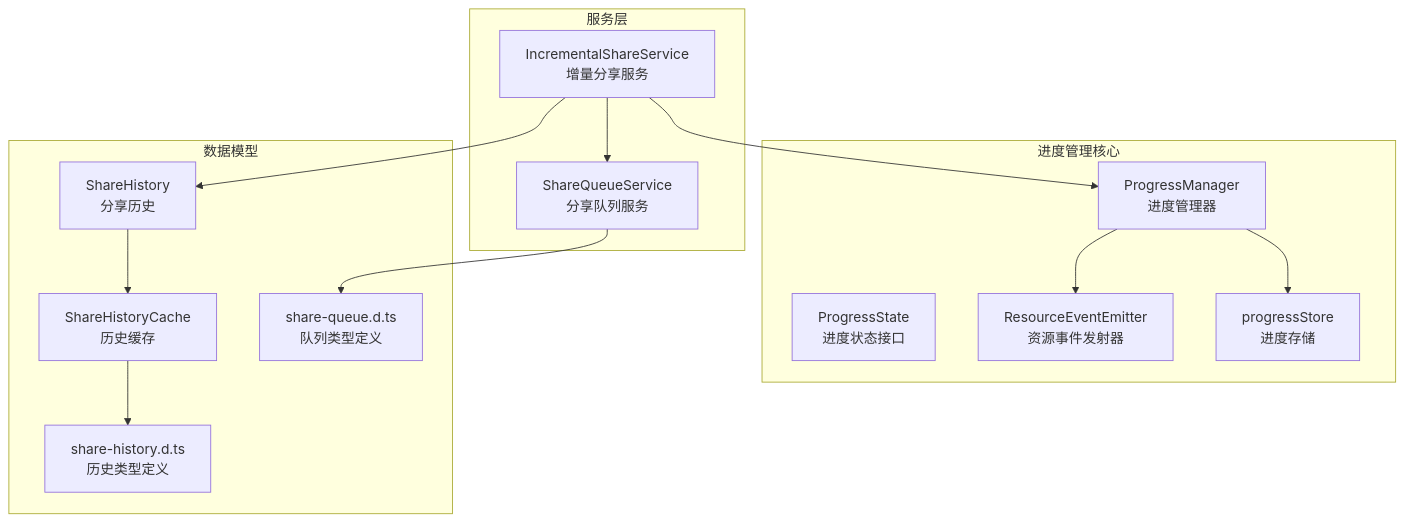
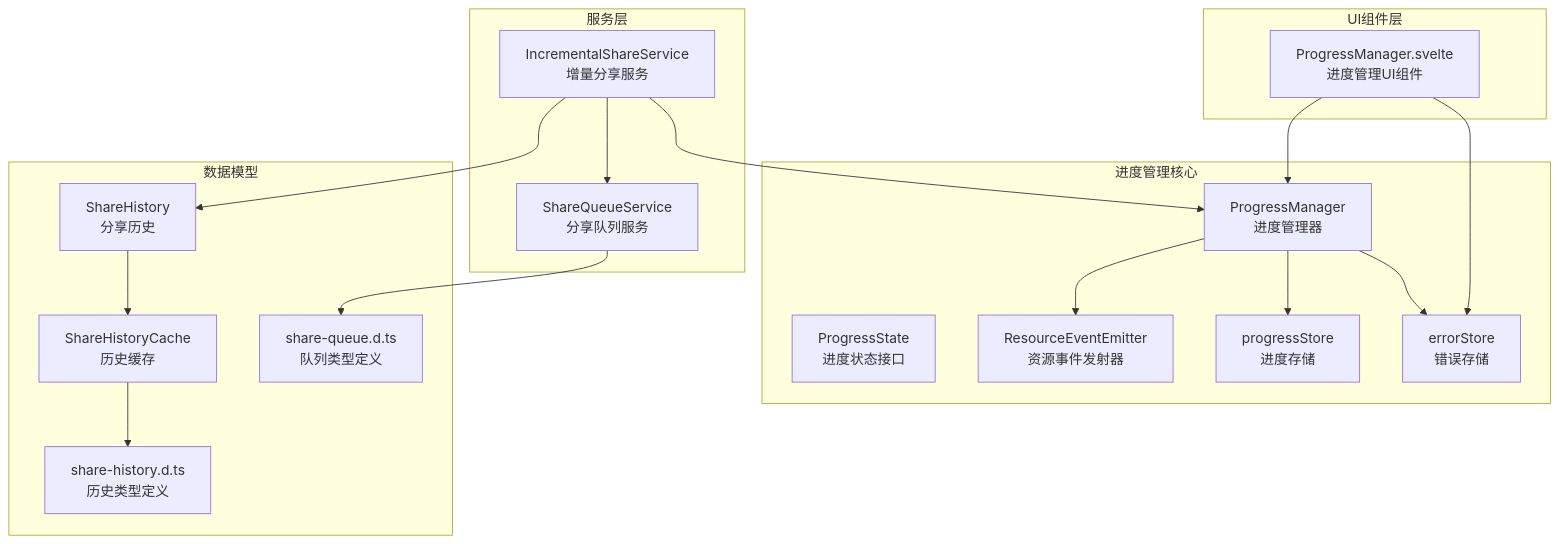
One commit to terwerinc/siyuan-plugin-share-pro changed the first of 9 diagrams in .qoder/repowiki/zh/content/Progress Management Enhancements.md. Above: the diagram before and after it, drawn with Mermaid. The commit also changed other lines of this file and 8 other files, not shown here.

Commit message:
docs(Progress): improve state and error handling in ProgressManager.svelte

````diff
--- a/.qoder/repowiki/zh/content/Progress Management Enhancements.md
+++ b/.qoder/repowiki/zh/content/Progress Management Enhancements.md
@@ -44,27 +61,34 @@
 ```mermaid
 graph TB
 subgraph "进度管理核心"
 PM[ProgressManager<br/>进度管理器]
 PS[ProgressState<br/>进度状态接口]
 RES[ResourceEventEmitter<br/>资源事件发射器]
 PStore[progressStore<br/>进度存储]
+EStore[errorStore<br/>错误存储]
+end
+subgraph "UI组件层"
+PMSvelte[ProgressManager.svelte<br/>进度管理UI组件]
 end
 subgraph "服务层"
 ISS[IncrementalShareService<br/>增量分享服务]
 SQS[ShareQueueService<br/>分享队列服务]
 end
 subgraph "数据模型"
 SH[ShareHistory<br/>分享历史]
 SHC[ShareHistoryCache<br/>历史缓存]
 TQ[share-queue.d.ts<br/>队列类型定义]
 TH[share-history.d.ts<br/>历史类型定义]
 end
 PM --> PStore
+PM --> EStore
 PM --> RES
 ISS --> PM
 ISS --> SQS
 SQS --> TQ
 ISS --> SH
 SH --> SHC
 SHC --> TH
+PMSvelte --> PM
+PMSvelte --> EStore
 ```
````
